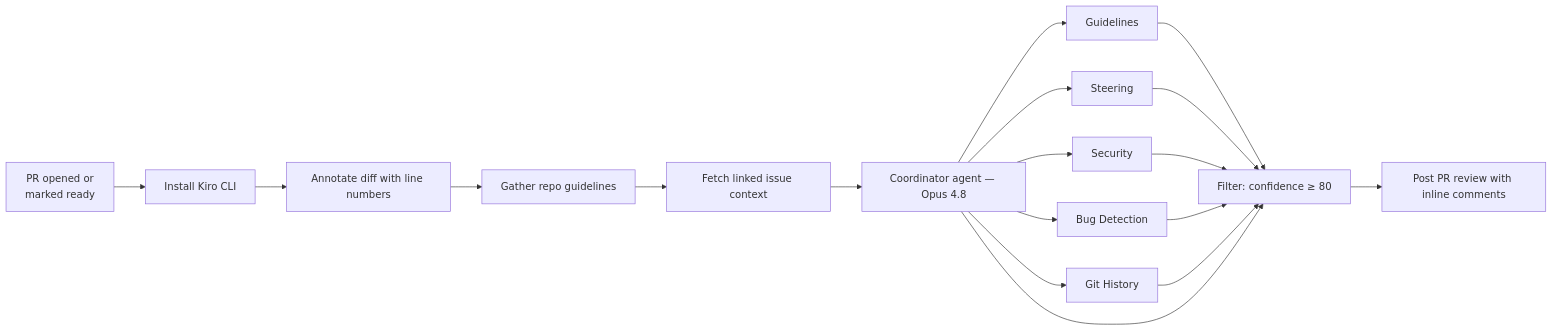
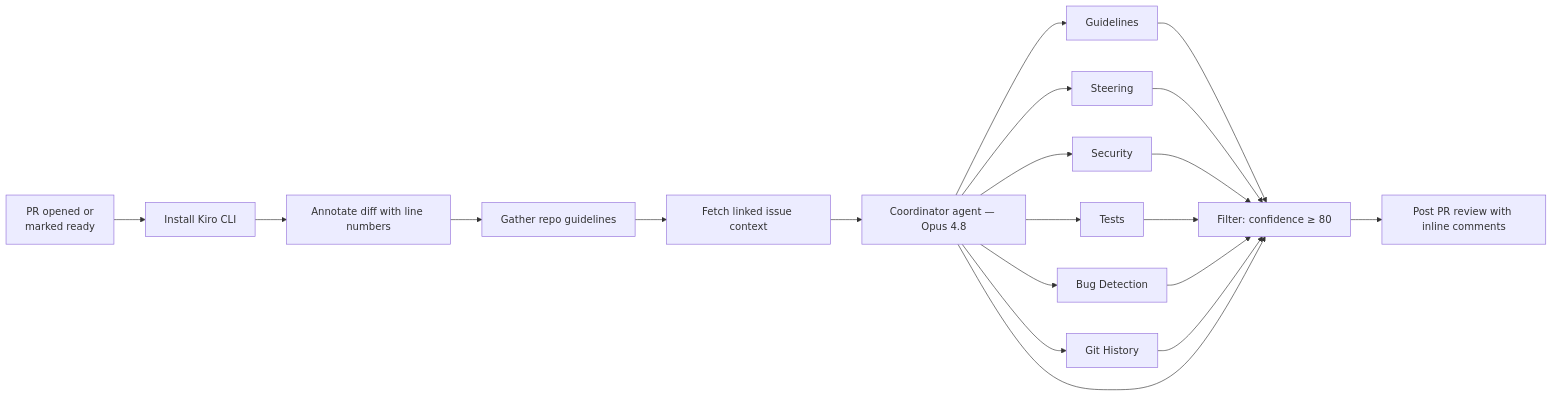
One commit to kyleseaman/kiro-code-reviews changed the diagram in README.md. Above: the diagram before and after it, drawn with Mermaid. The commit also changed other lines of this file and 6 other files, not shown here.

````diff
--- a/README.md
+++ b/README.md
@@ -12,20 +12,22 @@
 ```mermaid
 flowchart LR
     A[PR opened or\nmarked ready] --> B[Install Kiro CLI]
     B --> C[Annotate diff with line numbers]
     C --> D[Gather repo guidelines]
     D --> E[Fetch linked issue context]
     E --> F[Coordinator agent — Opus 4.8]
     F --> G[Guidelines]
     F --> H[Steering]
     F --> S[Security]
+    F --> T[Tests]
     F --> I[Bug Detection]
     F --> J[Git History]
     G --> K[Filter: confidence ≥ 80]
     H --> K
     S --> K
+    T --> K
     I --> K
     J --> K
     F --> K
     K --> L[Post PR review with inline comments]
 ```
````
